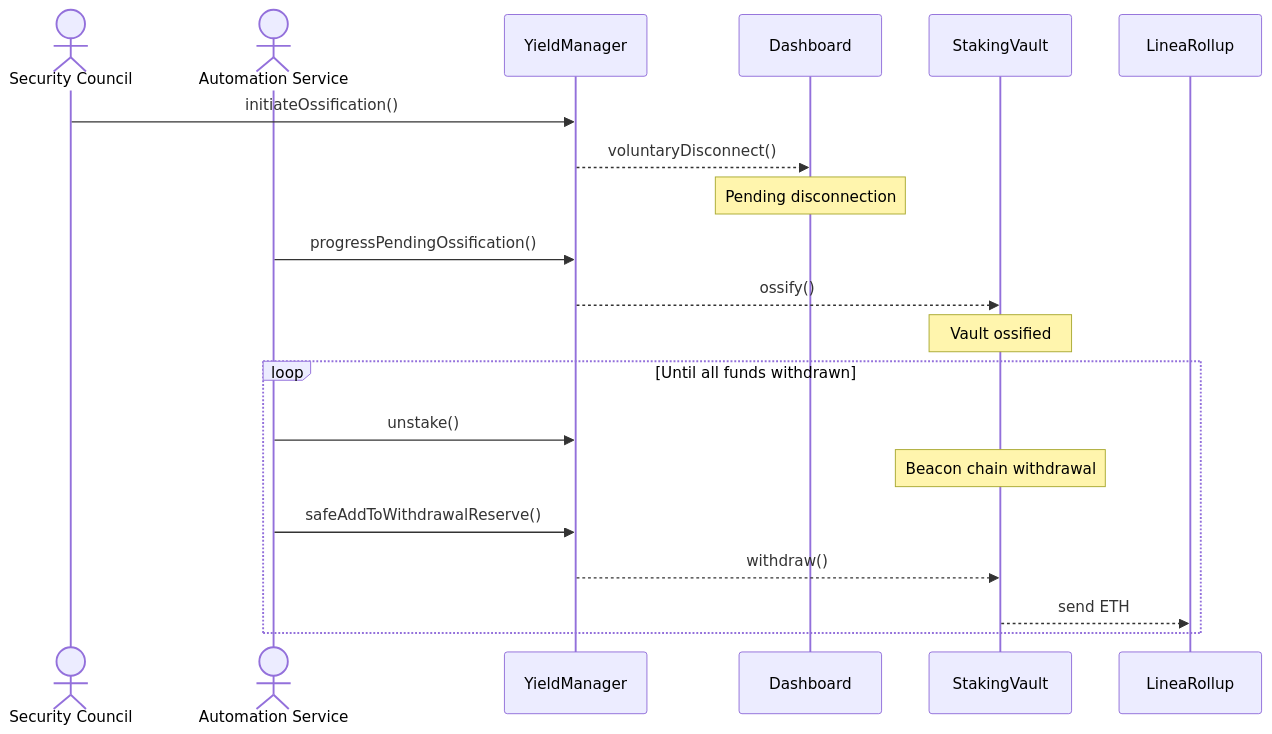
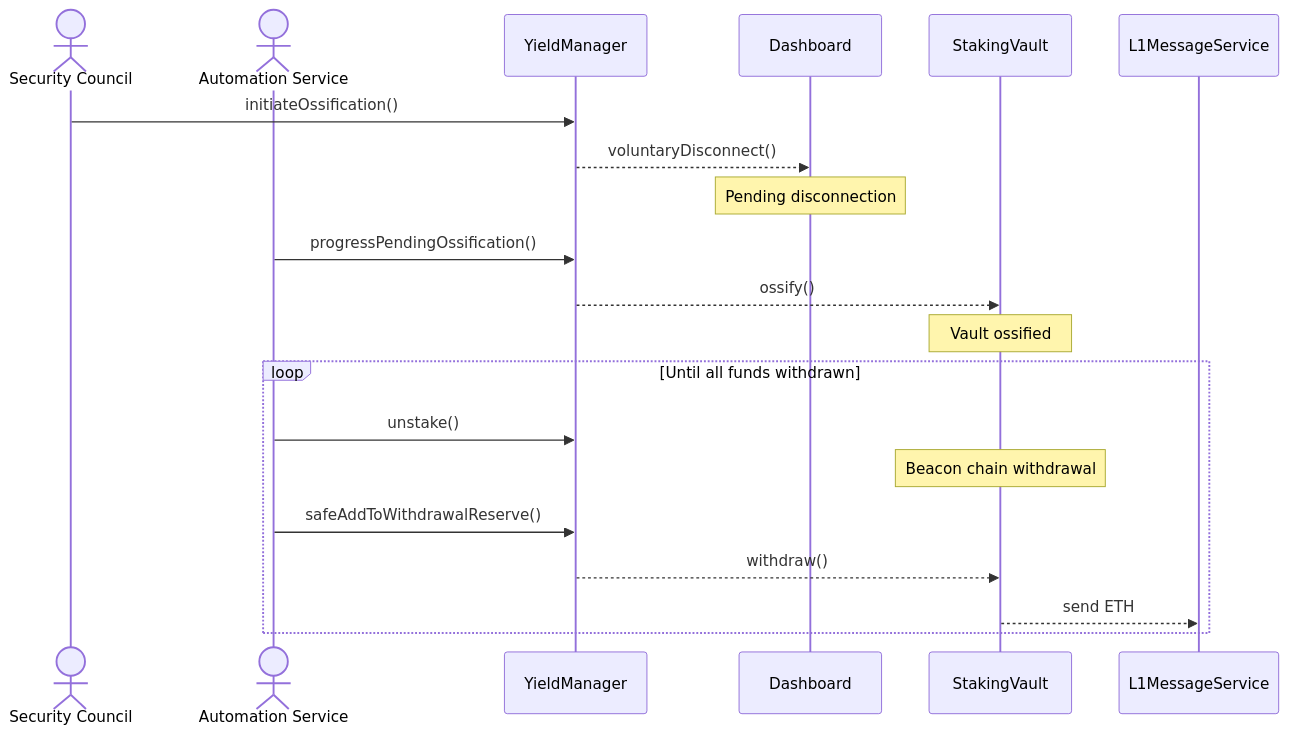
The eighth of 8 diagrams in docs/protocol/yield-boost-architecture.mdx (Consensys/doc.linea), drawn with Mermaid before and after one commit. The commit also changed other lines of this file and 1 other file, not shown here.

````diff
--- a/docs/protocol/yield-boost-architecture.mdx
+++ b/docs/protocol/yield-boost-architecture.mdx
@@ -307,25 +424,25 @@
 ```mermaid
 sequenceDiagram
     actor SC as Security Council
     actor Auto as Automation Service
     participant YM as YieldManager
     participant DB as Dashboard
     participant SV as StakingVault
-    participant BR as LineaRollup
+    participant L1 as L1MessageService
 
     SC->>YM: initiateOssification()
     YM-->>DB: voluntaryDisconnect()
     Note over DB: Pending disconnection
 
     Auto->>YM: progressPendingOssification()
     YM-->>SV: ossify()
     Note over SV: Vault ossified
 
     loop Until all funds withdrawn
         Auto->>YM: unstake()
         Note over SV: Beacon chain withdrawal
         Auto->>YM: safeAddToWithdrawalReserve()
         YM-->>SV: withdraw()
-        SV-->>BR: send ETH
+        SV-->>L1: send ETH
     end
 ```
````
